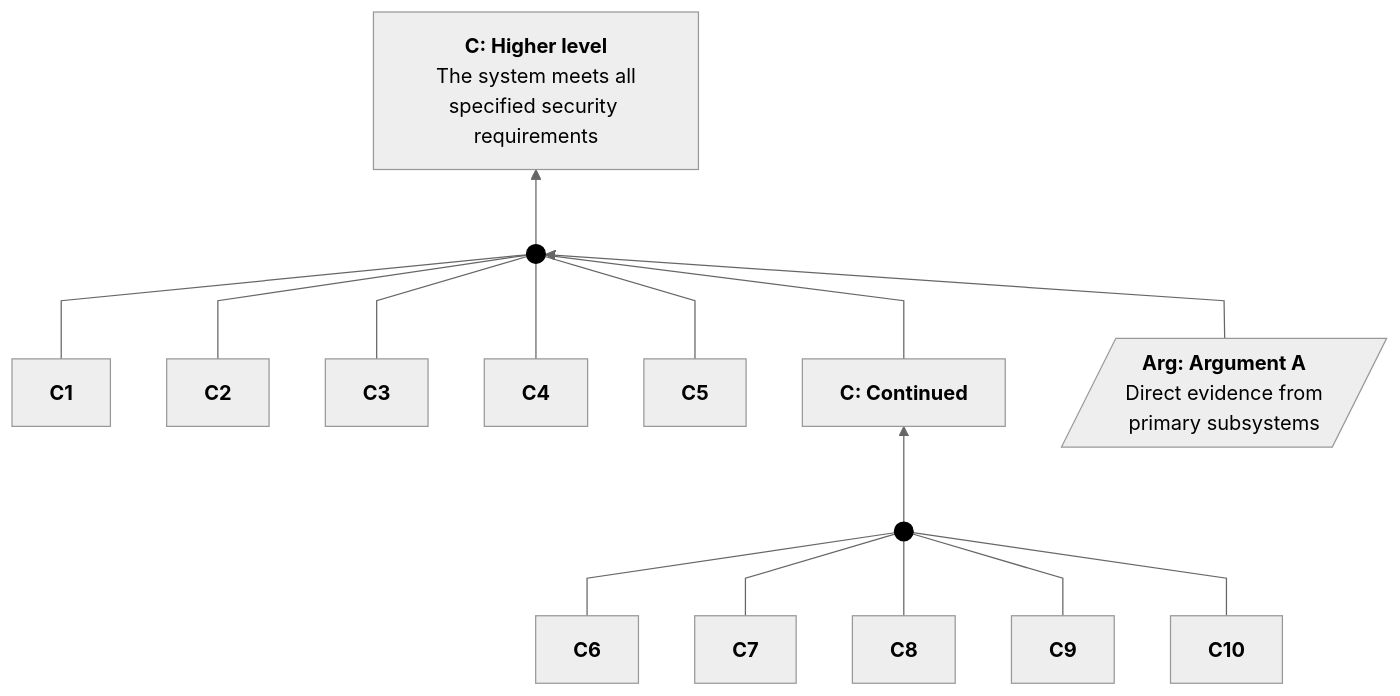
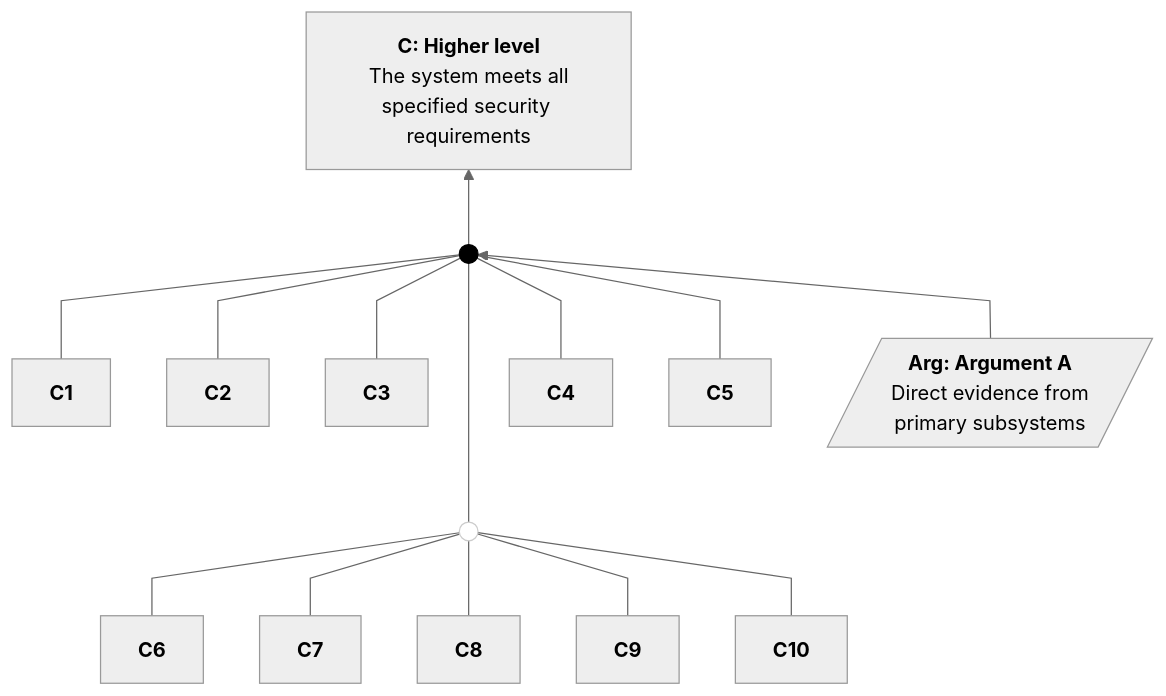
Diagram 17 of 18 in docs/sacm-mermaid.md (coreinfrastructure/best-practices-badge), drawn with Mermaid before and after one commit. The commit also changed other lines of this file, not shown here.

First line of the commit message:
Sacm mermaid improvements (#2725)

````diff
--- a/docs/sacm-mermaid.md
+++ b/docs/sacm-mermaid.md
@@ -1475,59 +1604,51 @@
 ```mermaid
 ---
 config:
   theme: neutral
   flowchart:
     curve: linear
     htmlLabels: true
     rankSpacing: 60
     nodeSpacing: 45
     padding: 15
 ---
 flowchart BT
     classDef sacmDot fill:#000,stroke:#000
+    classDef connector fill:none,stroke:#cccccc,stroke-width:1px;
 
-    %% --- Top Level Section ---
+    %% Nodes
     C_High["<b>C: Higher level</b><br>The system meets all<br>specified security requirements"]
-
-    %% Junction for the first set of claims
     Inf1((" ")):::sacmDot
     Arg1[/"<b>Arg: Argument A</b><br>Direct evidence from<br>primary subsystems"/]
 
     %% Supporting Claims
     C1["<b>C1</b>"]
     C2["<b>C2</b>"]
     C3["<b>C3</b>"]
     C4["<b>C4</b>"]
     C5["<b>C5</b>"]
-    C_Cont["<b>C: Continued</b>"]
-
-    %% Connections
-    C1 --- Inf1
-    C2 --- Inf1
-    C3 --- Inf1
-    C4 --- Inf1
-    C5 --- Inf1
-    C_Cont --- Inf1
-
-    Arg1 --> Inf1
-    Inf1 --> C_High
-
-    %% --- Second Level Section ---
-    %% Junction for the continued claims
-    Inf2((" ")):::sacmDot
-
-    %% Supporting Claims 6-10
     C6["<b>C6</b>"]
     C7["<b>C7</b>"]
     C8["<b>C8</b>"]
     C9["<b>C9</b>"]
     C10["<b>C10</b>"]
+    Conn1((" ")):::connector
 
     %% Connections
-    C6 --- Inf2
-    C7 --- Inf2
-    C8 --- Inf2
-    C9 --- Inf2
-    C10 --- Inf2
-    Inf2 --> C_Cont
+    C6 --- Conn1
+    C7 --- Conn1
+    C8 --- Conn1
+    C9 --- Conn1
+    C10 --- Conn1
+
+    C1 --- Inf1
+    C2 --- Inf1
+    C3 --- Inf1
+    %% interconnect is a little longer for more space, extra dash
+    Conn1 ---- Inf1
+    C4 --- Inf1
+    C5 --- Inf1
+    Arg1 --> Inf1
+
+    Inf1 --> C_High
 ```
````
